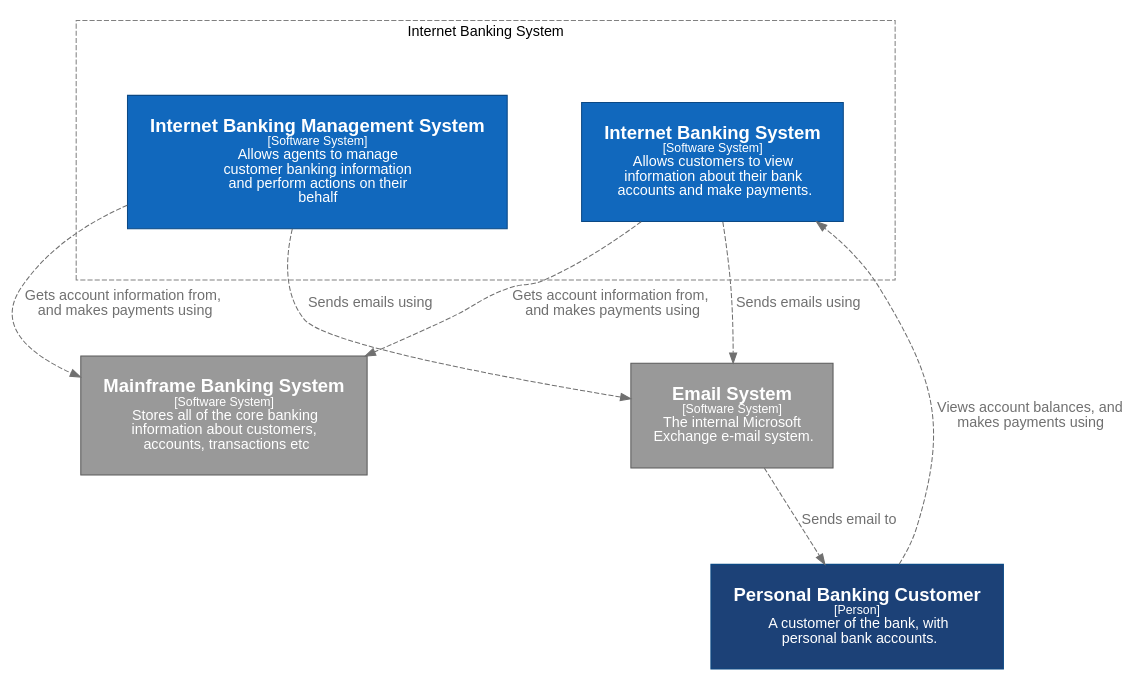
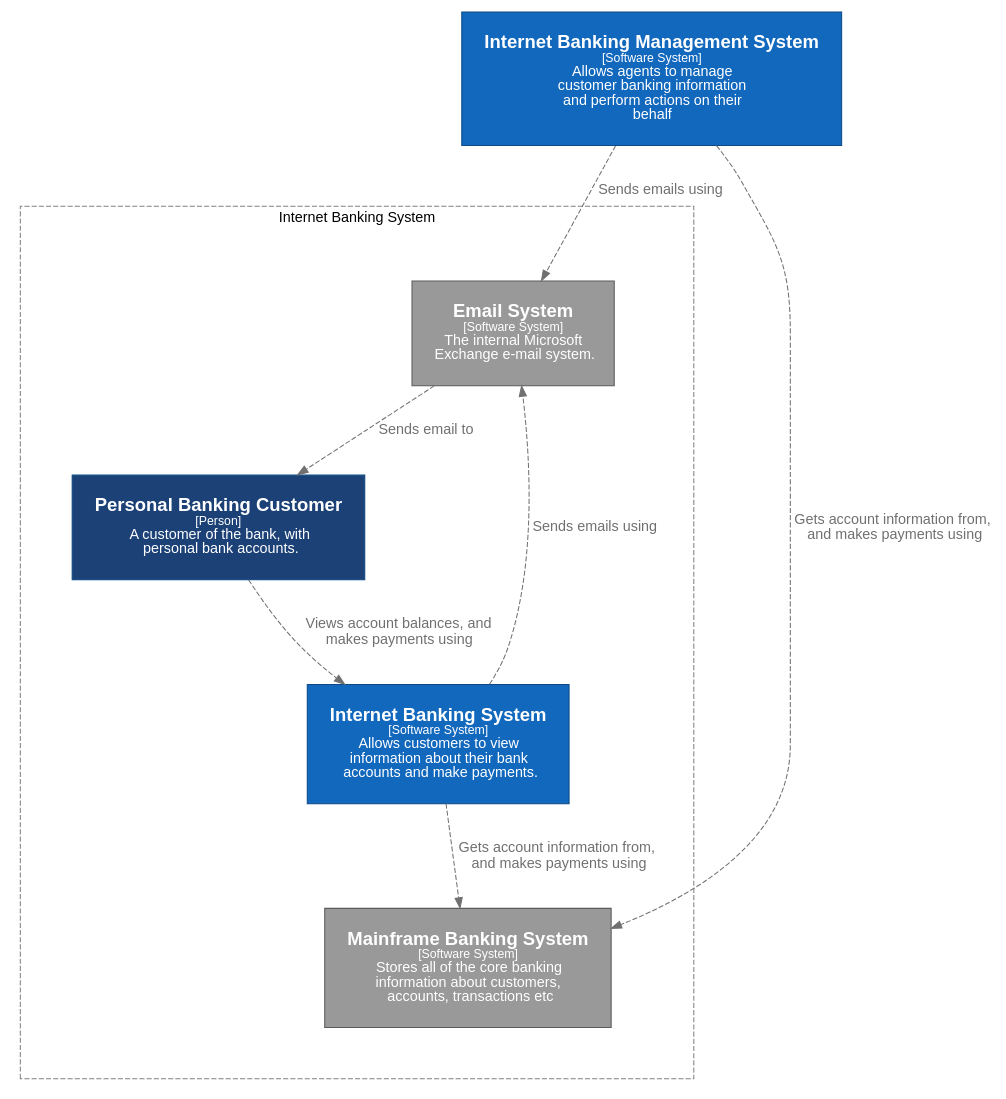
Before and after one commit to c4mjs/c4mjs: the diagram in packages/graphviz/src/__stubs__/internetBanking.c1.dot, drawn with Graphviz. The commit also changed 11 other files, not shown here.

Commit message:
feat(graphviz): bump all to v1

```diff
--- a/packages/graphviz/src/__stubs__/internetBanking.c1.dot
+++ b/packages/graphviz/src/__stubs__/internetBanking.c1.dot
@@ -1,68 +1,68 @@
 digraph {
     compound=true
     graph [fontname="Arial", rankdir=TB, ranksep=1.0, nodesep=1.0]
     node [fontname="Arial", shape=box, margin="0.3,0.3"]
     edge [fontname="Arial"]
 
     subgraph cluster_internetBanking {
         label = "Internet Banking System"
         style = "dashed"
         color = "grey"
         margin="50,50"
         
-        internetBankingManagementSystem [
-        id="internetBankingManagementSystem",
+        emailSystem [
+        id="emailSystem",
         shape="rect",
-        label=<<font point-size="18"><b>Internet Banking Management System</b></font><br /><font point-size="12">[Software System]</font><br /><font point-size="14">  Allows agents to manage <br />customer banking information <br />and perform actions on their <br />behalf</font>>,
+        label=<<font point-size="18"><b>Email System</b></font><br /><font point-size="12">[Software System]</font><br /><font point-size="14">  The internal Microsoft <br />Exchange e-mail system.</font>>,
+        style="filled",
+        color="#5a5a5a",
+        fillcolor="#999999",
+        fontcolor="#ffffff"
+    ]
+mainframeBankingSystem [
+        id="mainframeBankingSystem",
+        shape="rect",
+        label=<<font point-size="18"><b>Mainframe Banking System</b></font><br /><font point-size="12">[Software System]</font><br /><font point-size="14">  Stores all of the core banking <br />information about customers, <br />accounts, transactions etc</font>>,
+        style="filled",
+        color="#5a5a5a",
+        fillcolor="#999999",
+        fontcolor="#ffffff"
+    ]
+customer [
+        id="customer",
+        shape="rect",
+        label=<<font point-size="18"><b>Personal Banking Customer</b></font><br /><font point-size="12">[Person]</font><br /><font point-size="14">  A customer of the bank, with <br />personal bank accounts.</font>>,
         style="filled",
         color="#0b4884",
-        fillcolor="#1168bd",
+        fillcolor="#1C4177",
         fontcolor="#ffffff"
     ]
 internetBankingSystem [
         id="internetBankingSystem",
         shape="rect",
         label=<<font point-size="18"><b>Internet Banking System</b></font><br /><font point-size="12">[Software System]</font><br /><font point-size="14">  Allows customers to view <br />information about their bank <br />accounts and make payments.</font>>,
         style="filled",
         color="#0b4884",
         fillcolor="#1168bd",
         fontcolor="#ffffff"
     ]
         
     }
 
-mainframeBankingSystem [
-        id="mainframeBankingSystem",
+internetBankingManagementSystem [
+        id="internetBankingManagementSystem",
         shape="rect",
-        label=<<font point-size="18"><b>Mainframe Banking System</b></font><br /><font point-size="12">[Software System]</font><br /><font point-size="14">  Stores all of the core banking <br />information about customers, <br />accounts, transactions etc</font>>,
+        label=<<font point-size="18"><b>Internet Banking Management System</b></font><br /><font point-size="12">[Software System]</font><br /><font point-size="14">  Allows agents to manage <br />customer banking information <br />and perform actions on their <br />behalf</font>>,
         style="filled",
-        color="#5a5a5a",
-        fillcolor="#999999",
+        color="#0b4884",
+        fillcolor="#1168bd",
         fontcolor="#ffffff"
     ]
-emailSystem [
-        id="emailSystem",
-        shape="rect",
-        label=<<font point-size="18"><b>Email System</b></font><br /><font point-size="12">[Software System]</font><br /><font point-size="14">  The internal Microsoft <br />Exchange e-mail system.</font>>,
-        style="filled",
-        color="#5a5a5a",
-        fillcolor="#999999",
-        fontcolor="#ffffff"
-    ]
-customer [
-        id="customer",
-        shape="rect",
-        label=<<font point-size="18"><b>Personal Banking Customer</b></font><br /><font point-size="12">[Person]</font><br /><font point-size="14">  A customer of the bank, with <br />personal bank accounts.</font>>,
-        style="filled",
-        color="#0b4884",
-        fillcolor="#1C4177",
-        fontcolor="#ffffff"
-    ]
+internetBankingManagementSystem -> emailSystem [ id="100000", label=<<font point-size="14">  Sends emails using</font>>, style="dashed", color="#707070", fontcolor="#707070" ]
 internetBankingManagementSystem -> mainframeBankingSystem [ id="100002", label=<<font point-size="14">  Gets account information from, <br />and makes payments using</font>>, style="dashed", color="#707070", fontcolor="#707070" ]
-internetBankingManagementSystem -> emailSystem [ id="100003", label=<<font point-size="14">  Sends emails using</font>>, style="dashed", color="#707070", fontcolor="#707070" ]
-customer -> internetBankingSystem [ id="100004", label=<<font point-size="14">  Views account balances, and <br />makes payments using</font>>, style="dashed", color="#707070", fontcolor="#707070" ]
-emailSystem -> customer [ id="100006", label=<<font point-size="14">  Sends email to</font>>, style="dashed", color="#707070", fontcolor="#707070" ]
-internetBankingSystem -> emailSystem [ id="100008", label=<<font point-size="14">  Sends emails using</font>>, style="dashed", color="#707070", fontcolor="#707070" ]
-internetBankingSystem -> mainframeBankingSystem [ id="100009", label=<<font point-size="14">  Gets account information from, <br />and makes payments using</font>>, style="dashed", color="#707070", fontcolor="#707070" ]
+emailSystem -> customer [ id="100004", label=<<font point-size="14">  Sends email to</font>>, style="dashed", color="#707070", fontcolor="#707070" ]
+internetBankingSystem -> mainframeBankingSystem [ id="100008", label=<<font point-size="14">  Gets account information from, <br />and makes payments using</font>>, style="dashed", color="#707070", fontcolor="#707070" ]
+internetBankingSystem -> emailSystem [ id="100010", label=<<font point-size="14">  Sends emails using</font>>, style="dashed", color="#707070", fontcolor="#707070" ]
+customer -> internetBankingSystem [ id="100016", label=<<font point-size="14">  Views account balances, and <br />makes payments using</font>>, style="dashed", color="#707070", fontcolor="#707070" ]
      
 }
```
